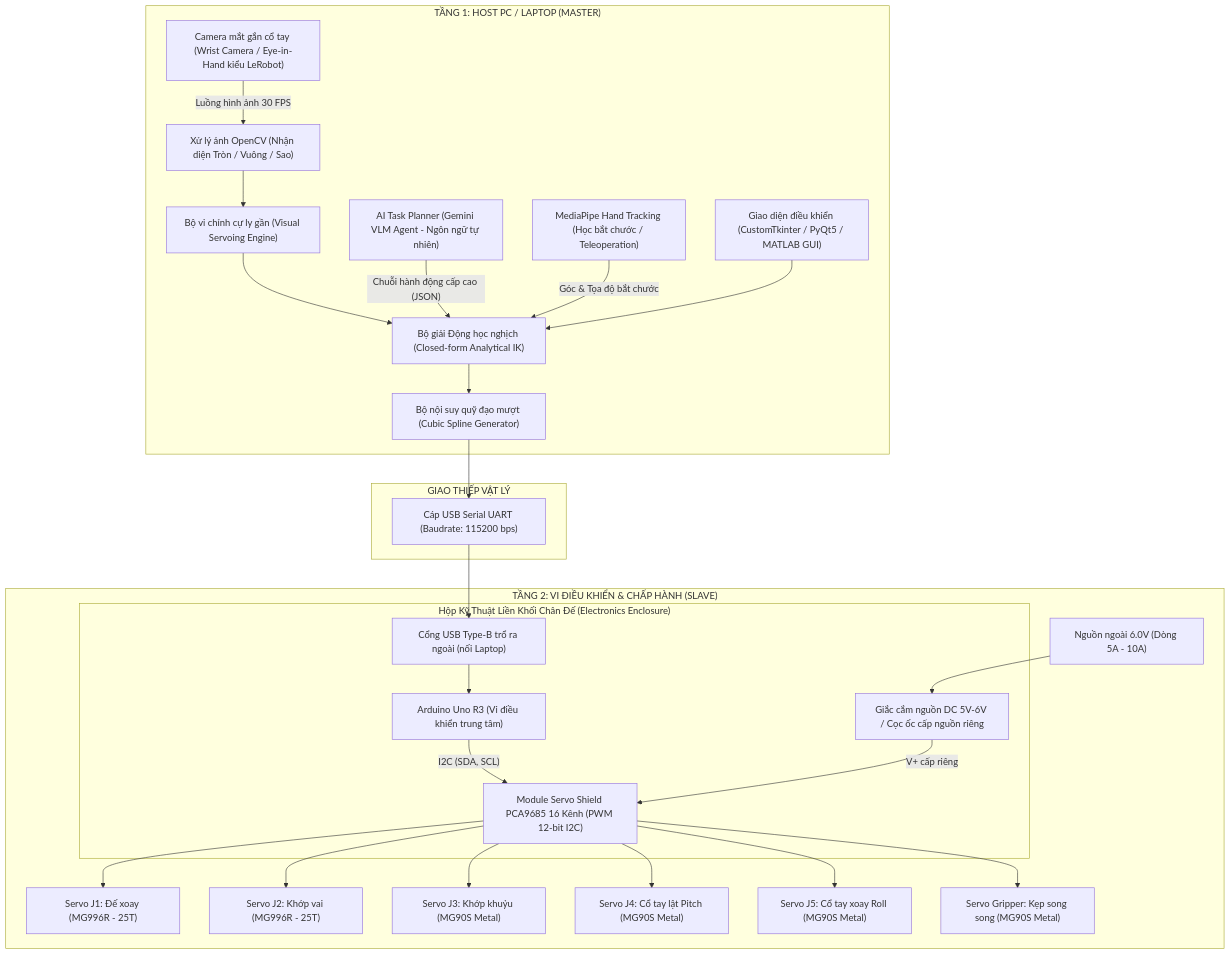
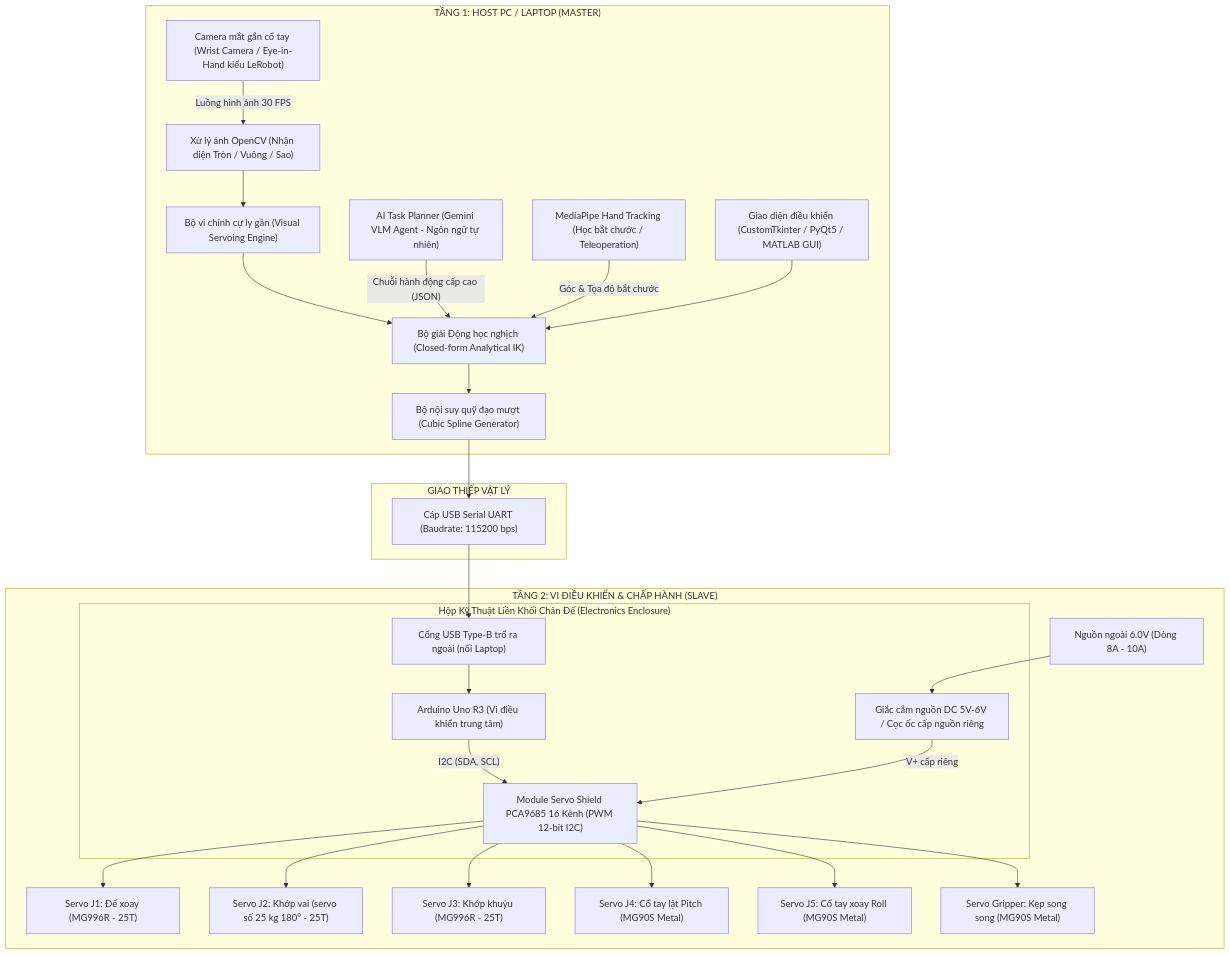
Before and after one commit to nguyenthanhthe/uet-robotic-arm: the diagram in docs/ke-hoach-dieu-khien-ai-robot.md, drawn with Mermaid. The commit also changed other lines of this file and 83 other files, not shown here.

````diff
--- a/docs/ke-hoach-dieu-khien-ai-robot.md
+++ b/docs/ke-hoach-dieu-khien-ai-robot.md
@@ -13,52 +13,52 @@
 ```mermaid
 flowchart TD
     subgraph TANG_MASTER["TẦNG 1: HOST PC / LAPTOP (MASTER)"]
         UI["Giao diện điều khiển (CustomTkinter / PyQt5 / MATLAB GUI)"]
         VISION["Camera mắt gắn cổ tay (Wrist Camera / Eye-in-Hand kiểu LeRobot)"]
         OPENCV["Xử lý ảnh OpenCV (Nhận diện Tròn / Vuông / Sao)"]
         VISUAL_SERVO["Bộ vi chỉnh cự ly gần (Visual Servoing Engine)"]
         MEDIAPIPE["MediaPipe Hand Tracking (Học bắt chước / Teleoperation)"]
         AI_AGENT["AI Task Planner (Gemini VLM Agent - Ngôn ngữ tự nhiên)"]
         IK_SOLVER["Bộ giải Động học nghịch (Closed-form Analytical IK)"]
         TRAJECTORY["Bộ nội suy quỹ đạo mượt (Cubic Spline Generator)"]
     end
 
     subgraph TRUYEN_THONG["GIAO THIẾP VẬT LÝ"]
         UART["Cáp USB Serial UART (Baudrate: 115200 bps)"]
     end
 
     subgraph TANG_SLAVE["TẦNG 2: VI ĐIỀU KHIỂN & CHẤP HÀNH (SLAVE)"]
         subgraph BASE_BOX["Hộp Kỹ Thuật Liền Khối Chân Đế (Electronics Enclosure)"]
             MCU["Arduino Uno R3 (Vi điều khiển trung tâm)"]
             SHIELD["Module Servo Shield PCA9685 16 Kênh (PWM 12-bit I2C)"]
             USB_PORT["Cổng USB Type-B trổ ra ngoài (nối Laptop)"]
             DC_JACK["Giắc cắm nguồn DC 5V-6V / Cọc ốc cấp nguồn riêng"]
         end
         
-        POWER["Nguồn ngoài 6.0V (Dòng 5A - 10A)"]
+        POWER["Nguồn ngoài 6.0V (Dòng 8A - 10A)"]
         
         S1["Servo J1: Đế xoay (MG996R - 25T)"]
-        S2["Servo J2: Khớp vai (MG996R - 25T)"]
-        S3["Servo J3: Khớp khuỷu (MG90S Metal)"]
+        S2["Servo J2: Khớp vai (servo số 25 kg 180° - 25T)"]
+        S3["Servo J3: Khớp khuỷu (MG996R - 25T)"]
         S4["Servo J4: Cổ tay lật Pitch (MG90S Metal)"]
         S5["Servo J5: Cổ tay xoay Roll (MG90S Metal)"]
         S6["Servo Gripper: Kẹp song song (MG90S Metal)"]
     end
 
     VISION -->|"Luồng hình ảnh 30 FPS"| OPENCV
     OPENCV --> VISUAL_SERVO
     VISUAL_SERVO --> IK_SOLVER
 
     AI_AGENT -->|"Chuỗi hành động cấp cao (JSON)"| IK_SOLVER
     MEDIAPIPE -->|"Góc & Tọa độ bắt chước"| IK_SOLVER
     UI --> IK_SOLVER
 
     IK_SOLVER --> TRAJECTORY
     TRAJECTORY --> UART
     UART --> USB_PORT
     USB_PORT --> MCU
     MCU -->|"I2C (SDA, SCL)"| SHIELD
     POWER --> DC_JACK
     DC_JACK -->|"V+ cấp riêng"| SHIELD
     SHIELD --> S1 & S2 & S3 & S4 & S5 & S6
 ```
````
